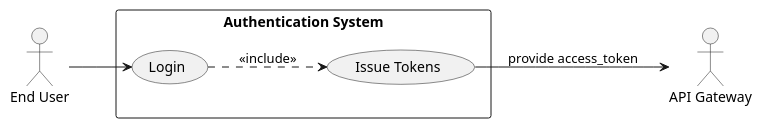
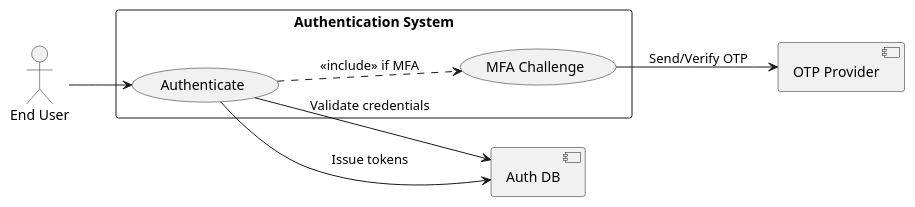
Before and after one commit to Bimmi-kumari-singh/Agent-testing: the second of 7 diagrams in .propel/context/docs/spec.md, drawn with PlantUML. The commit also changed other lines of this file, not shown here.

````diff
--- a/.propel/context/docs/spec.md
+++ b/.propel/context/docs/spec.md
@@ -293,18 +317,20 @@
 ```plantuml
 @startuml
 left to right direction
 skinparam packageStyle rectangle
 
 actor "End User" as User
-actor "API Gateway" as API
-
 rectangle "Authentication System" {
-  usecase (Login) as UC2
-  usecase (Issue Tokens) as UC2b
+  usecase (Authenticate) as UC2
+  usecase (MFA Challenge) as UC2b
 }
+component "Auth DB" as DB
+component "OTP Provider" as OTP
 
 User --> UC2
-UC2 ..> UC2b : <<include>>
-UC2b --> API : provide access_token
+UC2 --> DB : Validate credentials
+UC2 ..> UC2b : <<include>> if MFA
+UC2b --> OTP : Send/Verify OTP
+UC2 --> DB : Issue tokens
 @enduml
 ```
````
